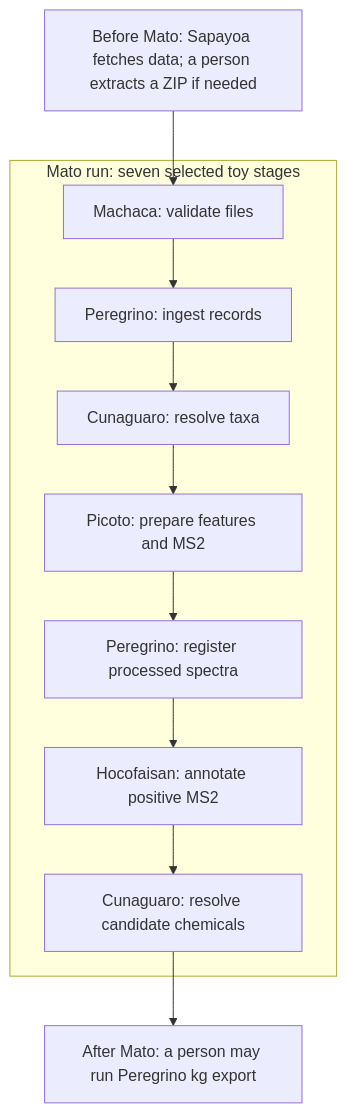
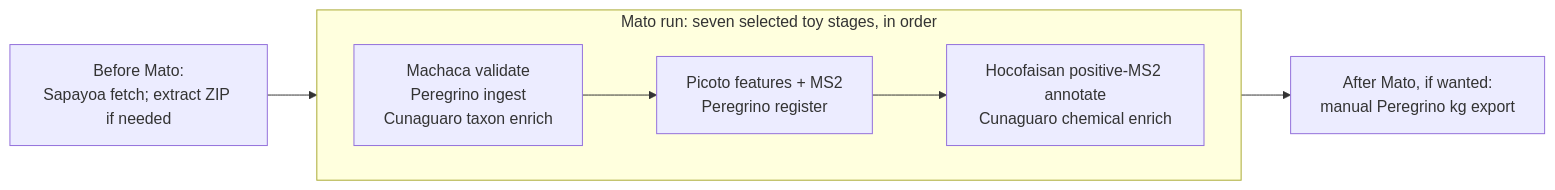
The diagram in README.md (oolonek/isla-gabriola-flock), drawn with Mermaid before and after one commit.

Commit message:
docs: condense current job flow for first-time readers

````diff
--- a/README.md
+++ b/README.md
@@ -19,14 +19,11 @@
 ```mermaid
-flowchart TB
-  B["Before Mato: Sapayoa fetches data; a person extracts a ZIP if needed"]
-  subgraph RUN["Mato run: seven selected toy stages"]
-    V["Machaca: validate files"] --> I["Peregrino: ingest records"]
-    I --> T["Cunaguaro: resolve taxa"]
-    T --> P["Picoto: prepare features and MS2"]
-    P --> R["Peregrino: register processed spectra"]
-    R --> H["Hocofaisan: annotate positive MS2"]
-    H --> C["Cunaguaro: resolve candidate chemicals"]
+flowchart LR
+  B["Before Mato:<br/>Sapayoa fetch; extract ZIP if needed"]
+  subgraph RUN["Mato run: seven selected toy stages, in order"]
+    direction LR
+    A["Machaca validate<br/>Peregrino ingest<br/>Cunaguaro taxon enrich"] --> P["Picoto features + MS2<br/>Peregrino register"]
+    P --> H["Hocofaisan positive-MS2 annotate<br/>Cunaguaro chemical enrich"]
   end
-  B --> V
-  C --> G["After Mato: a person may run Peregrino kg export"]
+  B --> A
+  H --> G["After Mato, if wanted:<br/>manual Peregrino kg export"]
 ```
````
